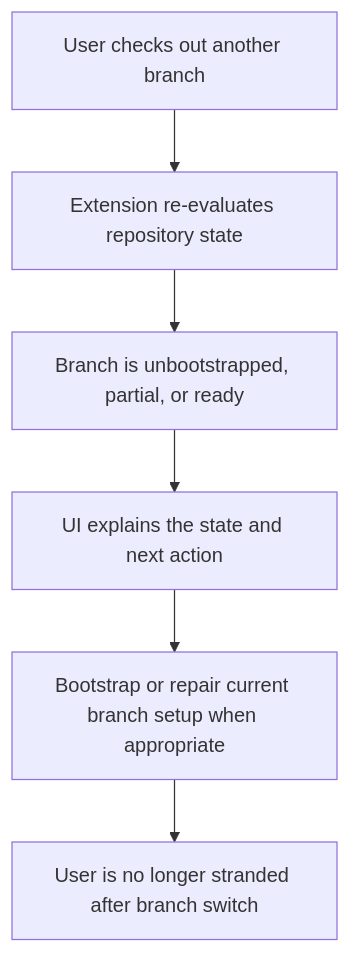
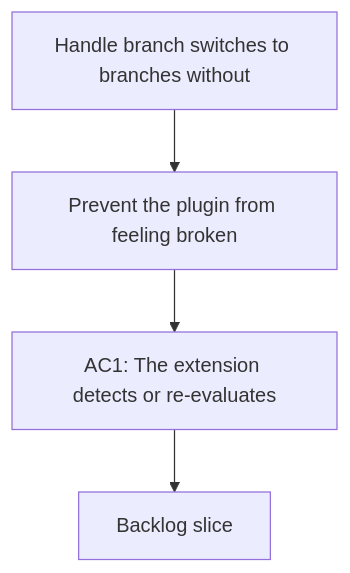
One commit to AlexAgo83/logics-manager changed the diagram in logics/request/req_118_handle_branch_switches_to_branches_without_logics_bootstrap_and_offer_setup_repair.md. Above: the diagram before and after it, drawn with Mermaid. The commit also changed 481 other files, not shown here.

````diff
--- a/logics/request/req_118_handle_branch_switches_to_branches_without_logics_bootstrap_and_offer_setup_repair.md
+++ b/logics/request/req_118_handle_branch_switches_to_branches_without_logics_bootstrap_and_offer_setup_repair.md
@@ -38,10 +38,8 @@
 ```mermaid
 %% logics-kind: request
 %% logics-signature: request|handle-branch-switches-to-branches-witho|prevent-the-plugin-from-feeling-broken|ac1-the-extension-detects-or-re-evaluate
 flowchart TD
-    Branch[User checks out another branch] --> Detect[Extension re-evaluates repository state]
-    Detect --> Classify[Branch is unbootstrapped, partial, or ready]
-    Classify --> Guide[UI explains the state and next action]
-    Guide --> Repair[Bootstrap or repair current branch setup when appropriate]
-    Repair --> Outcome[User is no longer stranded after branch switch]
+    Trigger[Handle branch switches to branches without] --> Need[Prevent the plugin from feeling broken]
+    Need --> Outcome[AC1: The extension detects or re-evaluates]
+    Outcome --> Backlog[Backlog slice]
 ```
````
